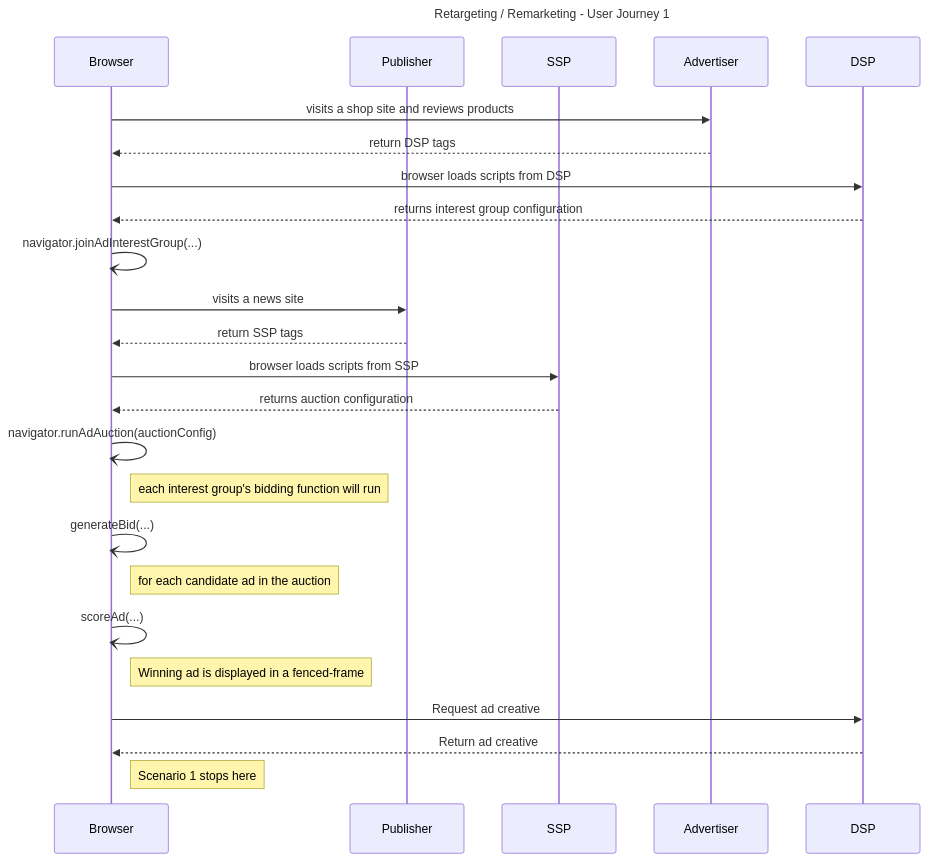
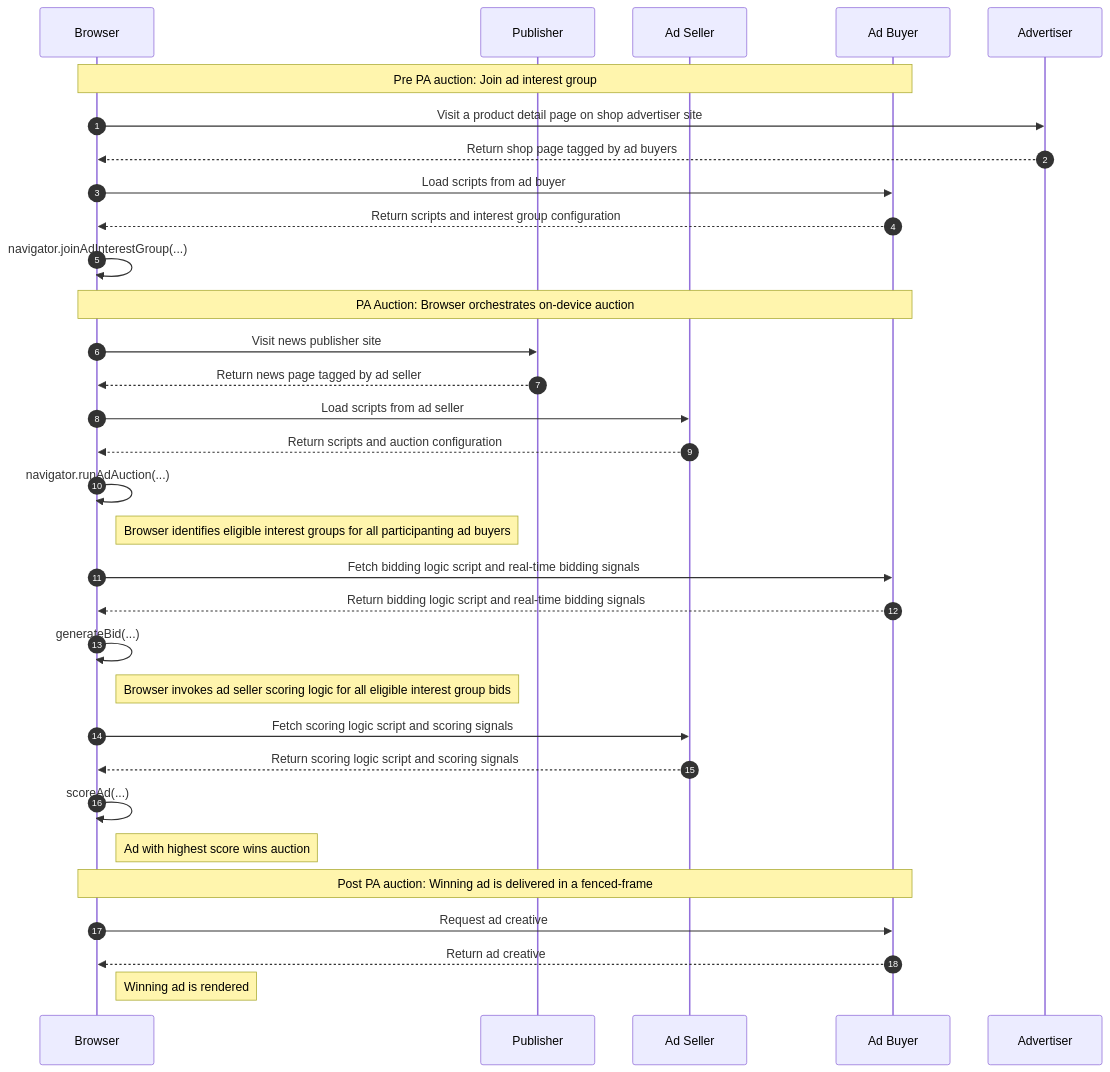
One commit to privacysandbox/privacy-sandbox-demos changed the diagram in services/home/docs/demos/retargeting-remarketing.md. Above: the diagram before and after it, drawn with Mermaid. The commit also changed other lines of this file and 12 other files, not shown here.

````diff
--- a/services/home/docs/demos/retargeting-remarketing.md
+++ b/services/home/docs/demos/retargeting-remarketing.md
@@ -80,37 +70,44 @@
 ```mermaid
 sequenceDiagram
-Title: Retargeting / Remarketing - User Journey 1
+autonumber
 
 participant Browser
 participant Publisher
-participant SSP
+participant SSP as Ad Seller
+participant DSP as Ad Buyer
 participant Advertiser
-participant DSP
 
-Browser->>Advertiser:visits a shop site and reviews products
-Advertiser-->>Browser:return DSP tags
-Browser->>DSP:browser loads scripts from DSP
-DSP-->>Browser:returns interest group configuration
 
-Browser-)Browser:navigator.joinAdInterestGroup(...)
+Note over Browser,DSP: Pre PA auction: Join ad interest group
+Browser ->> Advertiser: Visit a product detail page on shop advertiser site
+Advertiser -->> Browser: Return shop page tagged by ad buyers
+Browser ->> DSP: Load scripts from ad buyer
+DSP -->> Browser: Return scripts and interest group configuration
+Browser ->> Browser: navigator.joinAdInterestGroup(...)
 
-Browser->>Publisher:visits a news  site
-Publisher-->>Browser:return SSP tags
-Browser->>SSP:browser loads scripts from SSP
-SSP-->>Browser:returns auction configuration
+Note over Browser,DSP: PA Auction: Browser orchestrates on-device auction
+Browser ->> Publisher: Visit news publisher site
+Publisher -->> Browser: Return news page tagged by ad seller
+Browser ->> SSP: Load scripts from ad seller
+SSP -->> Browser: Return scripts and auction configuration
 
-Browser-)Browser:navigator.runAdAuction(auctionConfig)
+Browser ->> Browser: navigator.runAdAuction(...)
 
-note right of Browser:each interest group's bidding function will run
-Browser-)Browser:generateBid(...)
+Note right of Browser: Browser identifies eligible interest groups for all participanting ad buyers
+Browser ->> DSP: Fetch bidding logic script and real-time bidding signals
+DSP -->> Browser: Return bidding logic script and real-time bidding signals
+Browser ->> Browser: generateBid(...)
 
-note right of Browser:for each candidate ad in the auction
-Browser-)Browser:scoreAd(...)
+Note right of Browser: Browser invokes ad seller scoring logic for all eligible interest group bids
+Browser ->> SSP: Fetch scoring logic script and scoring signals
+SSP -->> Browser: Return scoring logic script and scoring signals
+Browser ->> Browser: scoreAd(...)
+Note right of Browser: Ad with highest score wins auction
 
-note right of Browser:Winning ad is displayed in a fenced-frame
-Browser->>DSP:Request ad creative
-DSP-->>Browser:Return ad creative
+Note over Browser,DSP: Post PA auction: Winning ad is delivered in a fenced-frame
+Browser ->> DSP: Request ad creative
+DSP -->> Browser: Return ad creative
 
-Note right of Browser:Scenario 1 stops here
+Note right of Browser: Winning ad is rendered
 
 ```
````
